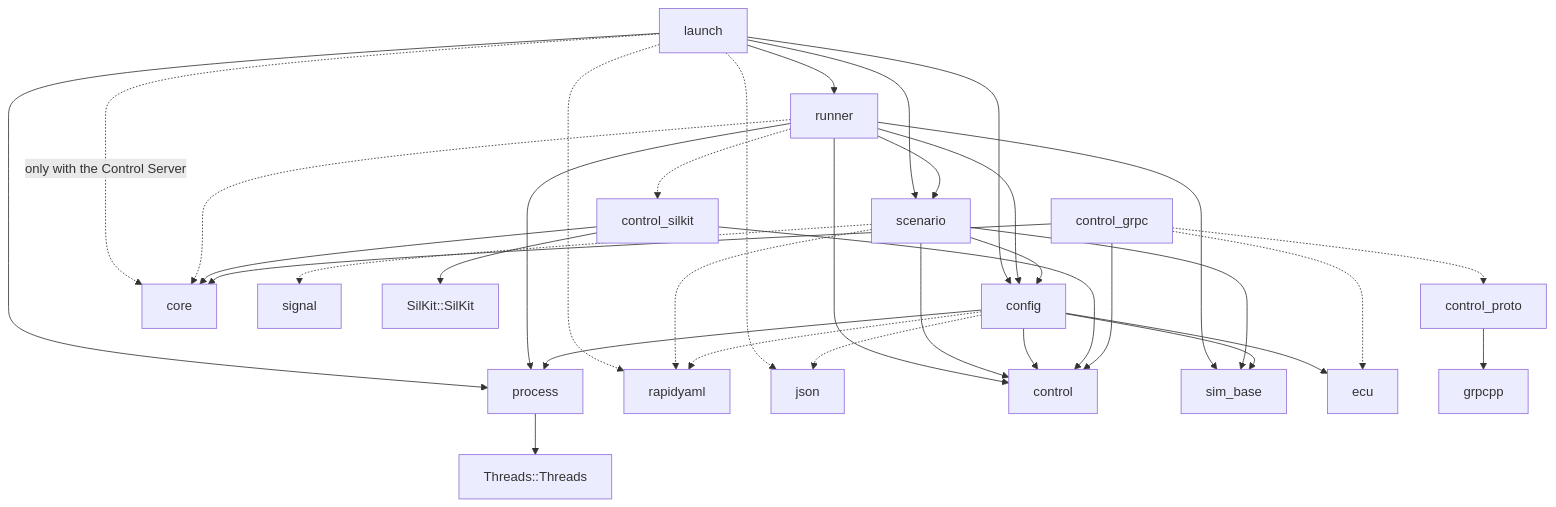
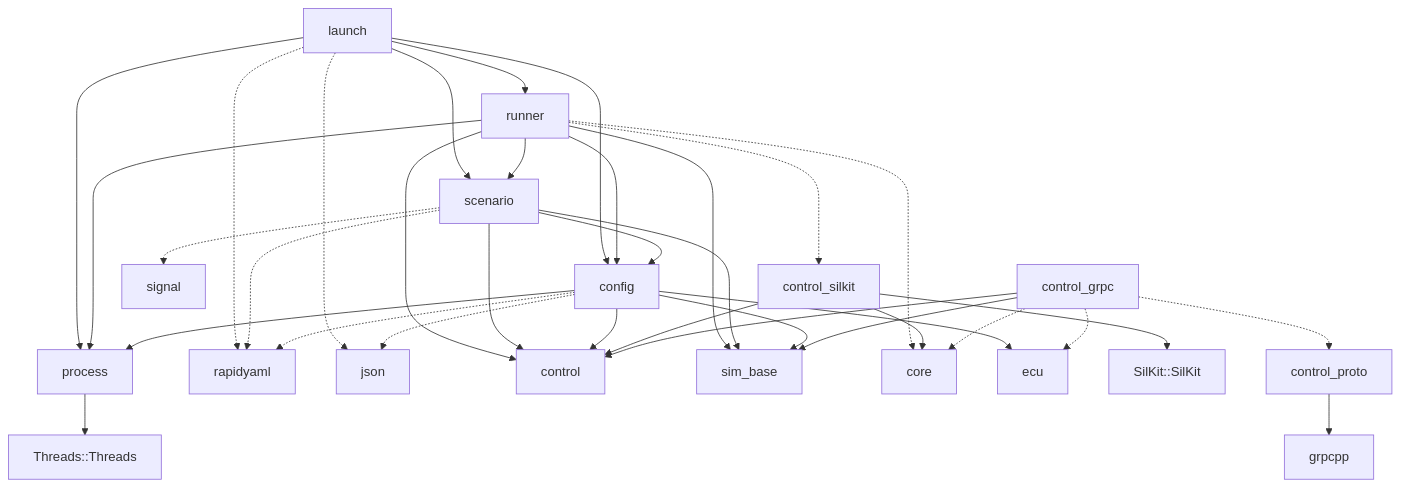
The diagram in docs/code-map-control.md (rahanahu/vehicle-sil), drawn with Mermaid before and after one commit. The commit also changed 35 other files, not shown here.

````diff
--- a/docs/code-map-control.md
+++ b/docs/code-map-control.md
@@ -116,37 +116,37 @@
 ```mermaid
 flowchart TD
     launch --> runner
     launch --> scenario
     launch --> config
     launch --> process
-    launch -.->|"only with the Control Server"| core
     launch -.-> rapidyaml
     launch -.-> json
     runner --> scenario
     runner --> config
     runner --> control
     runner --> process
     runner --> sim_base
     runner -.-> core
     runner -.-> control_silkit
     scenario --> config
     scenario --> control
     scenario --> sim_base
     scenario -.-> signal
     scenario -.-> rapidyaml
     config --> ecu
     config --> control
     config --> sim_base
     config --> process
     config -.-> json
     config -.-> rapidyaml
     process --> Threads["Threads::Threads"]
     control_silkit --> control
     control_silkit --> core
     control_silkit --> SilKit["SilKit::SilKit"]
     control_grpc --> control
-    control_grpc --> core
+    control_grpc --> sim_base
+    control_grpc -.-> core
     control_grpc -.-> control_proto
     control_grpc -.-> ecu
     control_proto --> grpcpp
 ```
````
